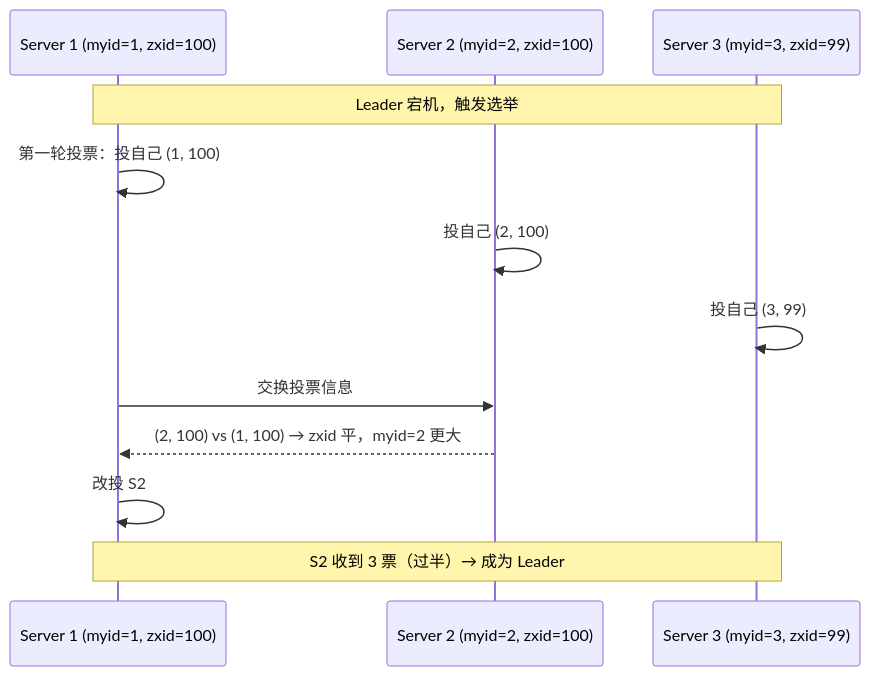
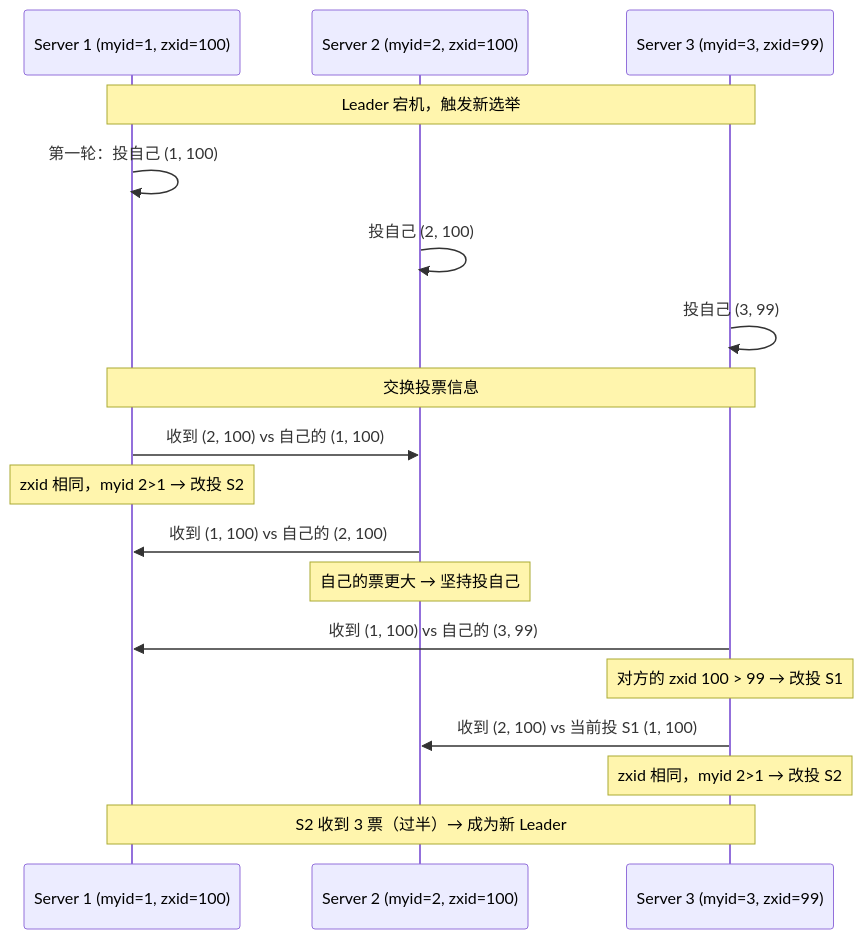
One commit to guozy502/my-tech-blog changed the second of 3 diagrams in content/posts/中间件/ZooKeeper 核心机制——ZAB 协议与 Leader 选举全解.md. Above: the diagram before and after it, drawn with Mermaid. The commit also changed other lines of this file and 93 other files, not shown here.

Commit message:
chore(blog): 调整图片

````diff
--- a/content/posts/中间件/ZooKeeper 核心机制——ZAB 协议与 Leader 选举全解.md
+++ b/content/posts/中间件/ZooKeeper 核心机制——ZAB 协议与 Leader 选举全解.md
@@ -69,18 +101,27 @@
 ```mermaid
 sequenceDiagram
     participant S1 as Server 1 (myid=1, zxid=100)
     participant S2 as Server 2 (myid=2, zxid=100)
     participant S3 as Server 3 (myid=3, zxid=99)
     
-    Note over S1,S3: Leader 宕机，触发选举
+    Note over S1,S3: Leader 宕机，触发新选举
     
-    S1->>S1: 第一轮投票：投自己 (1, 100)
+    S1->>S1: 第一轮：投自己 (1, 100)
     S2->>S2: 投自己 (2, 100)
     S3->>S3: 投自己 (3, 99)
     
-    S1->>S2: 交换投票信息
-    S2-->>S1: (2, 100) vs (1, 100) → zxid 平，myid=2 更大
-    S1->>S1: 改投 S2
+    Note over S1,S3: 交换投票信息
     
-    Note over S1,S3: S2 收到 3 票（过半）→ 成为 Leader
+    S1->>S2: 收到 (2, 100)  vs  自己的 (1, 100)
+    Note over S1: zxid 相同，myid 2>1 → 改投 S2
+    
+    S2->>S1: 收到 (1, 100)  vs  自己的 (2, 100)
+    Note over S2: 自己的票更大 → 坚持投自己
+    
+    S3->>S1: 收到 (1, 100)  vs  自己的 (3, 99)
+    Note over S3: 对方的 zxid 100 > 99 → 改投 S1
+    S3->>S2: 收到 (2, 100)  vs  当前投 S1 (1, 100)
+    Note over S3: zxid 相同，myid 2>1 → 改投 S2
+    
+    Note over S1,S3: S2 收到 3 票（过半）→ 成为新 Leader
 ```
````
